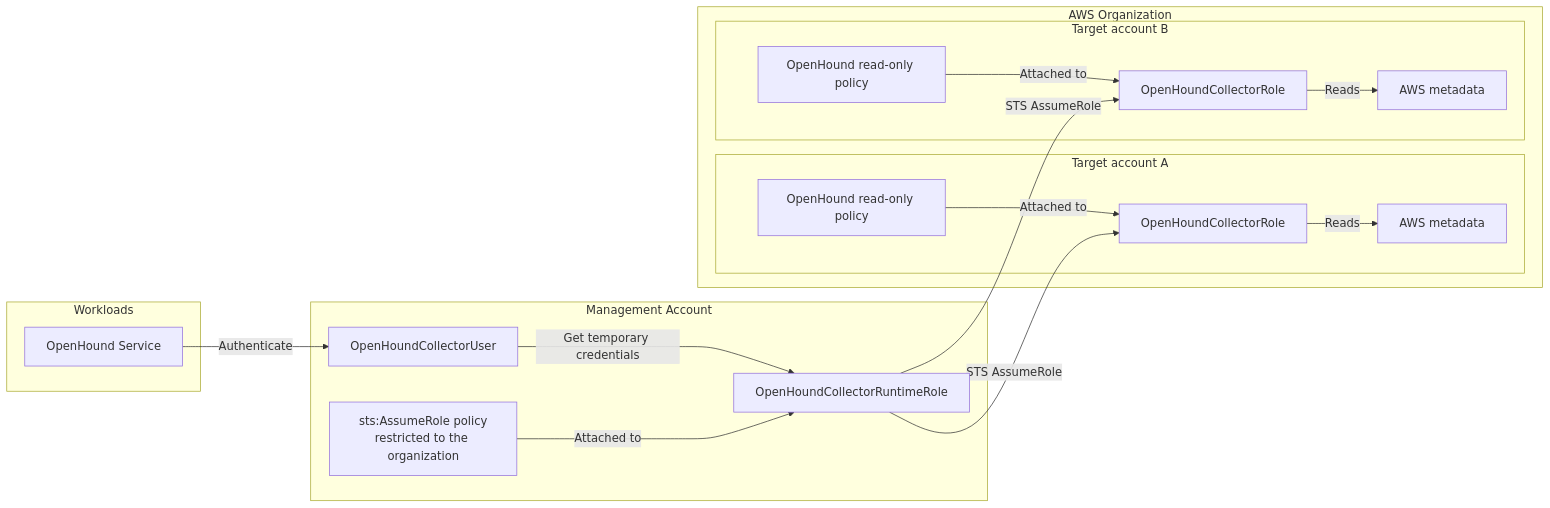
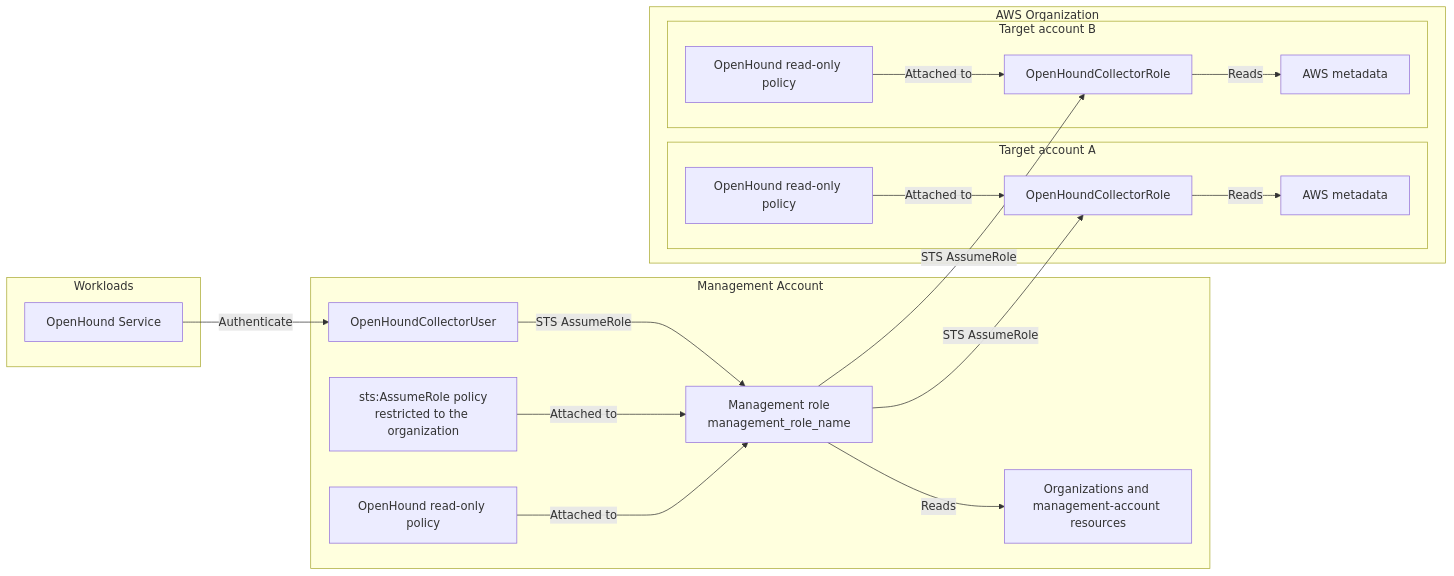
One commit to SpecterOps/bloodhound-docs changed the third of 6 diagrams in docs/openhound/collectors/aws/configure-permissions.mdx. Above: the diagram before and after it, drawn with Mermaid. The commit also changed other lines of this file and 2 other files, not shown here.

Commit message:
docs: clarify AWS configuration and permission diagrams

````diff
--- a/docs/openhound/collectors/aws/configure-permissions.mdx
+++ b/docs/openhound/collectors/aws/configure-permissions.mdx
@@ -125,37 +125,41 @@
     ```mermaid
     flowchart LR
       subgraph SecurityAccount["Management Account"]
           Workload["OpenHoundCollectorUser"]
-          RuntimeRole["OpenHoundCollectorRuntimeRole"]
+          RuntimeRole["Management role<br/>management_role_name"]
           AssumePolicy["sts:AssumeRole policy<br/>restricted to the organization"]
 
-          Workload -->|"Get temporary credentials"| RuntimeRole
+          Workload -->|"STS AssumeRole"| RuntimeRole
           AssumePolicy -->|"Attached to"| RuntimeRole
+          ReadPolicy["OpenHound read-only policy"]
+          ManagementResources["Organizations and management-account resources"]
+          ReadPolicy -->|"Attached to"| RuntimeRole
+          RuntimeRole -->|"Reads"| ManagementResources
       end
 
       subgraph Organization["AWS Organization"]
           subgraph AccountA["Target account A"]
               RoleA["OpenHoundCollectorRole"]
               PolicyA["OpenHound read-only policy"]
               ResourcesA["AWS metadata"]
               PolicyA -->|"Attached to"| RoleA
               RoleA -->|"Reads"| ResourcesA
           end
 
           subgraph AccountB["Target account B"]
               RoleB["OpenHoundCollectorRole"]
               PolicyB["OpenHound read-only policy"]
               ResourcesB["AWS metadata"]
               PolicyB -->|"Attached to"| RoleB
               RoleB -->|"Reads"| ResourcesB
           end
       end
       
         subgraph CustomerStack["Workloads"]
             VM["OpenHound Service"]
             VM -->|"Authenticate"| Workload
         end
 
       RuntimeRole -->|"STS AssumeRole"| RoleA
       RuntimeRole -->|"STS AssumeRole"| RoleB
     ```
````
